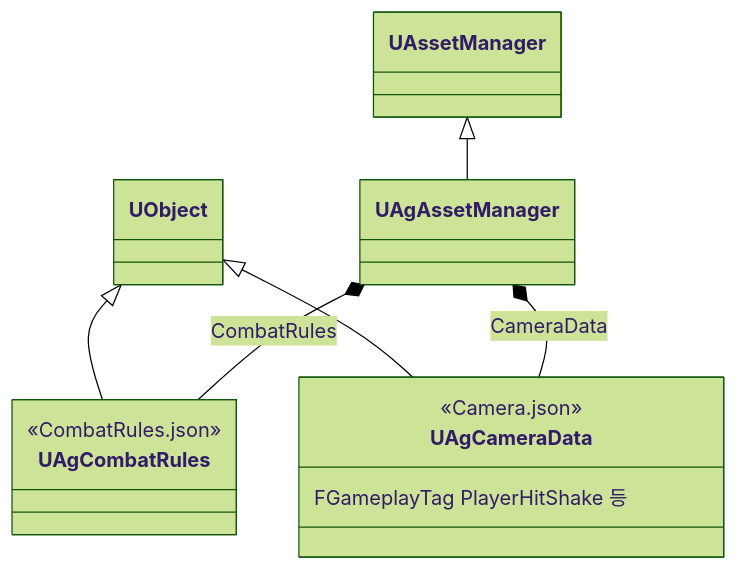
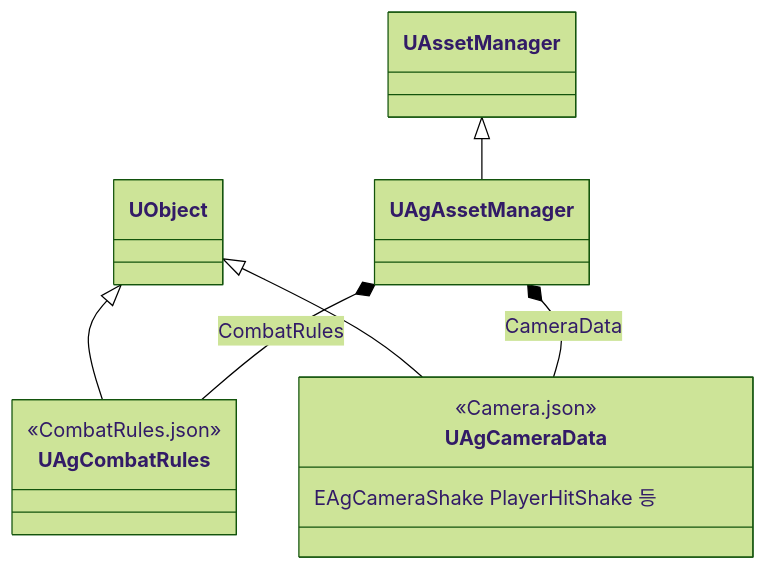
Before and after one commit to Woogl/Ag: the second of 2 diagrams in Docs/Program/JSON과 DataAsset.md, drawn with Mermaid (forest theme). The commit also changed other lines of this file and 59 other files, not shown here.

````diff
--- a/Docs/Program/JSON과 DataAsset.md
+++ b/Docs/Program/JSON과 DataAsset.md
@@ -89,16 +89,16 @@
 ```mermaid
 classDiagram
     direction TB
     class UAgCombatRules {
         <<CombatRules.json>>
     }
     class UAgCameraData {
         <<Camera.json>>
-        FGameplayTag PlayerHitShake 등
+        EAgCameraShake PlayerHitShake 등
     }
     UAssetManager <|-- UAgAssetManager
     UObject <|-- UAgCombatRules
     UObject <|-- UAgCameraData
     UAgAssetManager *-- UAgCombatRules : CombatRules
     UAgAssetManager *-- UAgCameraData : CameraData
 ```
````
